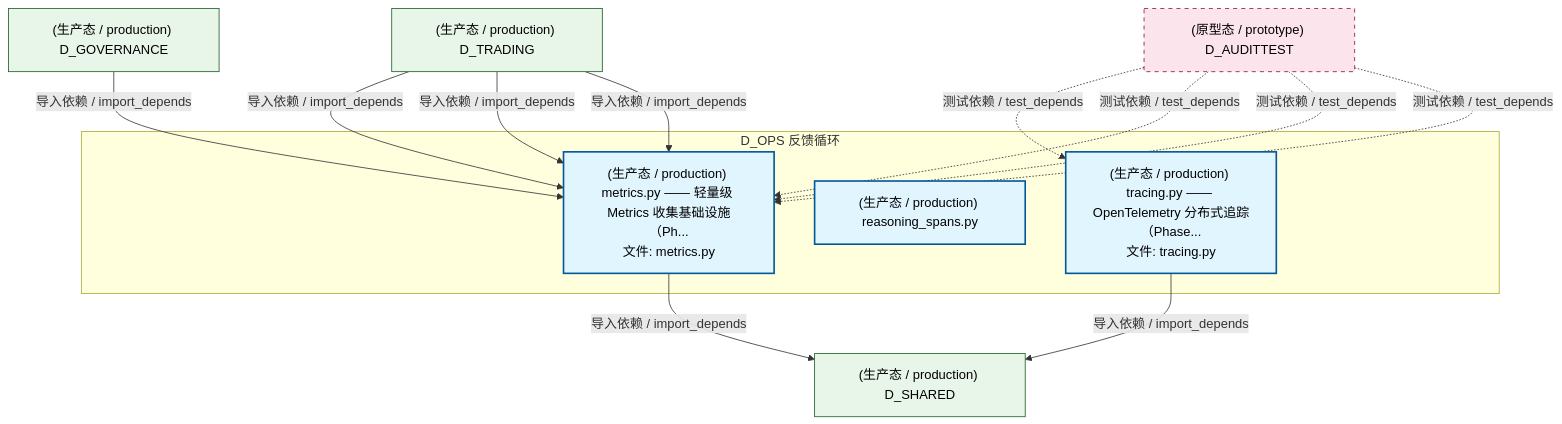
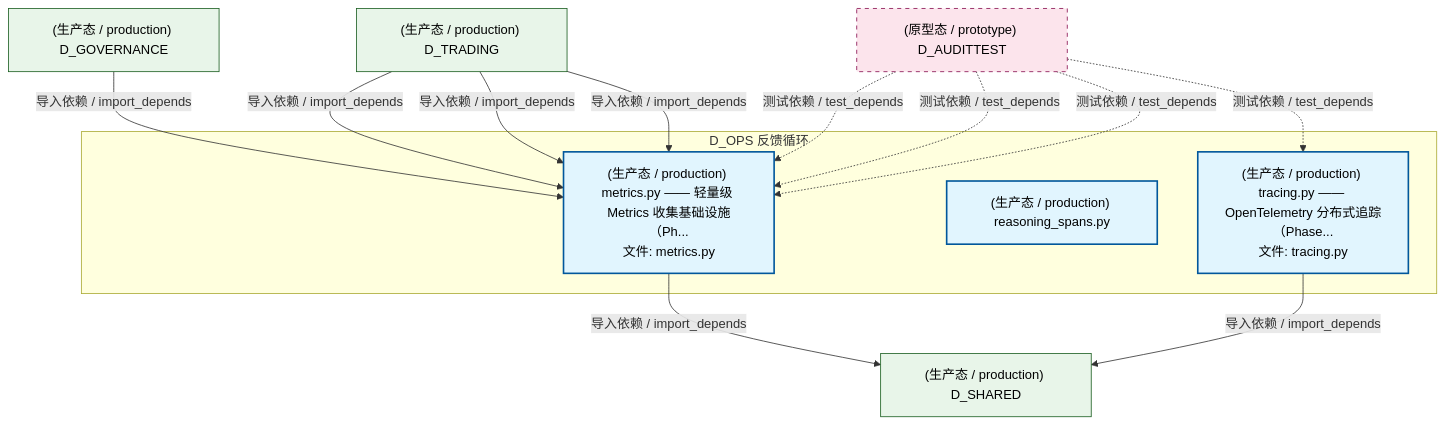
One commit to xuanFelixVan/ZephyrAlpha changed the second of 3 diagrams in docs/02_enterprise_architecture/02_domain_architecture_docs/15_d_ops.md. Above: the diagram before and after it, drawn with Mermaid. The commit also changed other lines of this file and 100 other files, not shown here.

````diff
--- a/docs/02_enterprise_architecture/02_domain_architecture_docs/15_d_ops.md
+++ b/docs/02_enterprise_architecture/02_domain_architecture_docs/15_d_ops.md
@@ -100,29 +100,29 @@
 ```mermaid
 graph TD
     subgraph D_OPS["D_OPS 反馈循环"]
         src_zephyr_shared_observability_metrics_py["(生产态 / production) metrics.py —— 轻量级 Metrics 收集基础设施（Ph...<br/>文件: metrics.py"]
         src_zephyr_shared_observability_reasoning_spans_py["(生产态 / production) reasoning_spans.py"]
         src_zephyr_shared_observability_tracing_py["(生产态 / production) tracing.py —— OpenTelemetry 分布式追踪（Phase...<br/>文件: tracing.py"]
     end
     D_SHARED["(生产态 / production) D_SHARED"]
+    src_zephyr_shared_observability_metrics_py -->|导入依赖 / import_depends| D_SHARED
     src_zephyr_shared_observability_tracing_py -->|导入依赖 / import_depends| D_SHARED
-    src_zephyr_shared_observability_metrics_py -->|导入依赖 / import_depends| D_SHARED
-    D_AUDITTEST["(原型态 / prototype) D_AUDITTEST"]
-    D_AUDITTEST -.->|测试依赖 / test_depends| src_zephyr_shared_observability_tracing_py
     D_GOVERNANCE["(生产态 / production) D_GOVERNANCE"]
     D_GOVERNANCE -->|导入依赖 / import_depends| src_zephyr_shared_observability_metrics_py
     D_TRADING["(生产态 / production) D_TRADING"]
     D_TRADING -->|导入依赖 / import_depends| src_zephyr_shared_observability_metrics_py
     D_TRADING -->|导入依赖 / import_depends| src_zephyr_shared_observability_metrics_py
     D_TRADING -->|导入依赖 / import_depends| src_zephyr_shared_observability_metrics_py
+    D_AUDITTEST["(原型态 / prototype) D_AUDITTEST"]
     D_AUDITTEST -.->|测试依赖 / test_depends| src_zephyr_shared_observability_metrics_py
     D_AUDITTEST -.->|测试依赖 / test_depends| src_zephyr_shared_observability_metrics_py
     D_AUDITTEST -.->|测试依赖 / test_depends| src_zephyr_shared_observability_metrics_py
+    D_AUDITTEST -.->|测试依赖 / test_depends| src_zephyr_shared_observability_tracing_py
     classDef production fill:#e1f5fe,stroke:#01579b,stroke-width:2px,color:#000
     classDef design fill:#fff3e0,stroke:#e65100,stroke-width:2px,color:#000,stroke-dasharray: 5 5
     classDef external_prod fill:#e8f5e9,stroke:#1b5e20,stroke-width:1px,color:#000
     classDef external_design fill:#fce4ec,stroke:#880e4f,stroke-width:1px,color:#000,stroke-dasharray: 5 5
     class src_zephyr_shared_observability_metrics_py,src_zephyr_shared_observability_reasoning_spans_py,src_zephyr_shared_observability_tracing_py production
     class D_SHARED,D_GOVERNANCE,D_TRADING external_prod
     class D_AUDITTEST external_design
 ```
````
